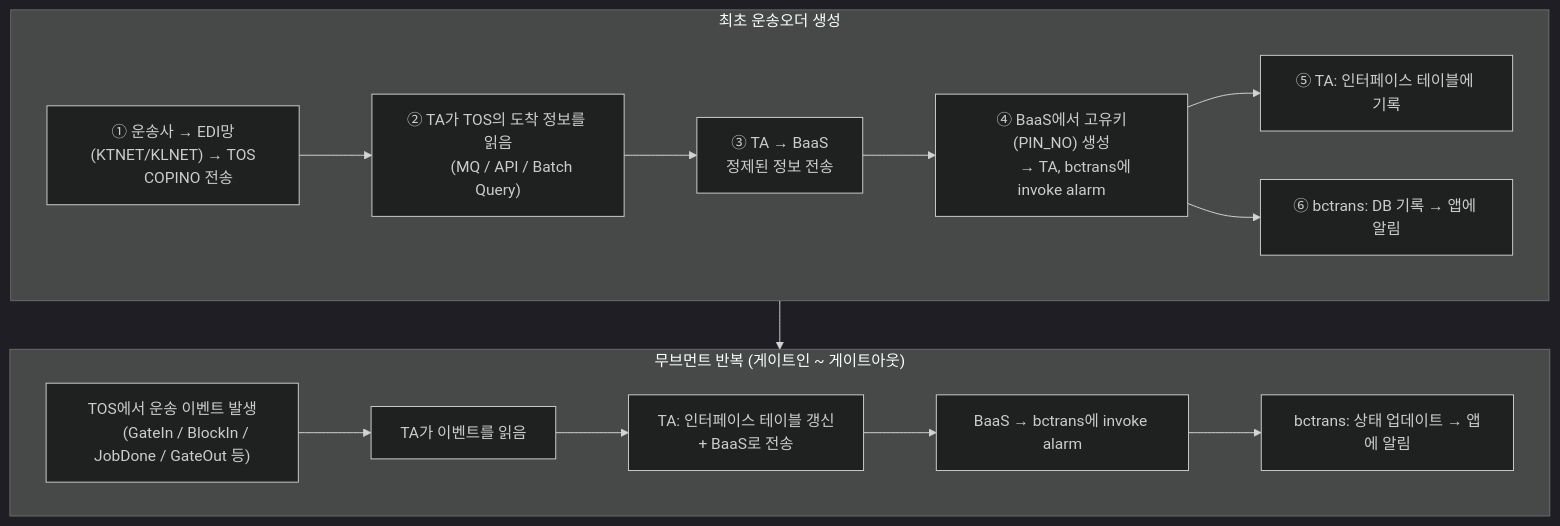
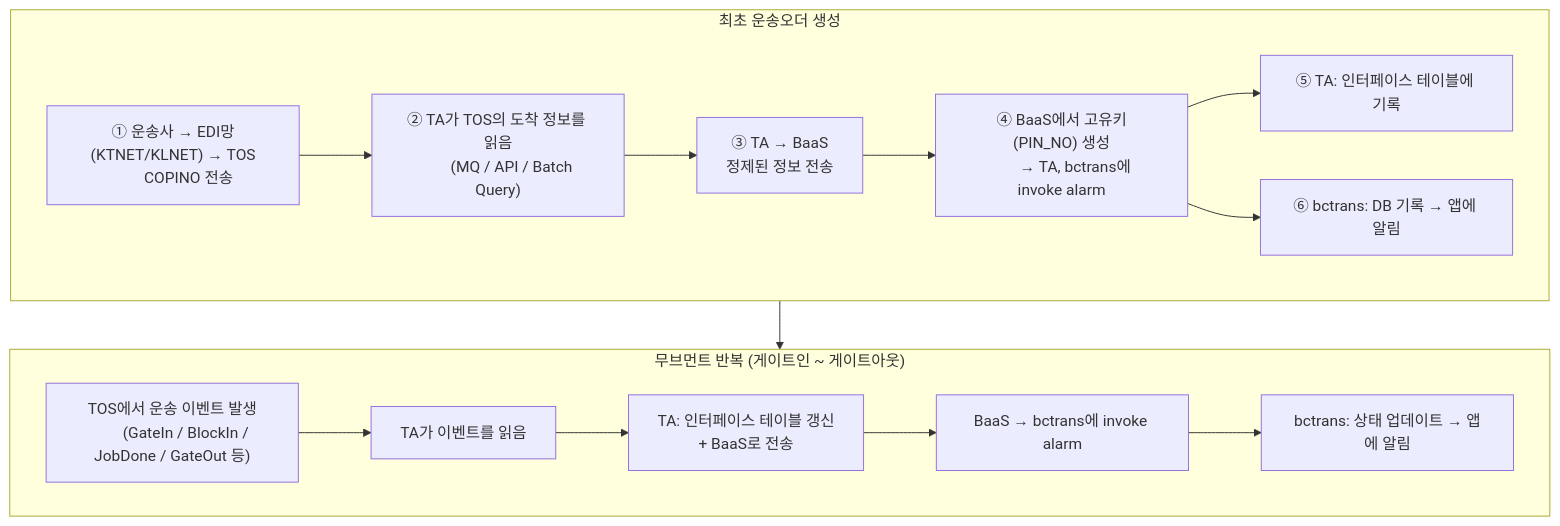
Before and after one commit to leedg92/Obsidian: the first of 3 diagrams in 1. smartm2m/00. Allcone_Bctrnas/전체 흐름/인프라 오버뷰.md, drawn with Mermaid. The commit also changed other lines of this file, not shown here.

````diff
--- a/1. smartm2m/00. Allcone_Bctrnas/전체 흐름/인프라 오버뷰.md
+++ b/1. smartm2m/00. Allcone_Bctrnas/전체 흐름/인프라 오버뷰.md
@@ -53,38 +51,34 @@
 ```mermaid
----
-config:
-  theme: dark
----
-
 flowchart TD
     subgraph 최초["최초 운송오더 생성"]
         A1["① 운송사 → EDI망(KTNET/KLNET) → TOS
         COPINO 전송"]
         A2["② TA가 TOS의 도착 정보를 읽음
         (MQ / API / Batch Query)"]
         A3["③ TA → BaaS
         정제된 정보 전송"]
         A4["④ BaaS에서 고유키(PIN_NO) 생성
         → TA, bctrans에 invoke alarm"]
         A5["⑤ TA: 인터페이스 테이블에 기록"]
         A6["⑥ bctrans: DB 기록 → 앱에 알림"]
 
         A1 --> A2 --> A3 --> A4
         A4 --> A5
         A4 --> A6
     end
 
     subgraph 무브먼트["무브먼트 반복 (게이트인 ~ 게이트아웃)"]
         M1["TOS에서 운송 이벤트 발생
         (GateIn / BlockIn / JobDone / GateOut 등)"]
         M2["TA가 이벤트를 읽음"]
         M3["TA: 인터페이스 테이블 갱신
         + BaaS로 전송"]
         M4["BaaS → bctrans에 invoke alarm"]
         M5["bctrans: 상태 업데이트 → 앱에 알림"]
 
         M1 --> M2 --> M3 --> M4 --> M5
     end
 
     최초 --> 무브먼트
+
 ```
````
